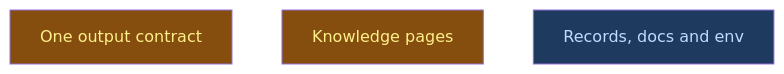
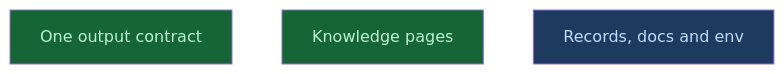
Before and after one commit to CrackingShells/Candler: the diagram in __roadmap__/m6b-surface-consolidation/consolidated/build/outputs/README.md, drawn with Mermaid. The commit also changed other lines of this file, not shown here.

````diff
--- a/__roadmap__/m6b-surface-consolidation/consolidated/build/outputs/README.md
+++ b/__roadmap__/m6b-surface-consolidation/consolidated/build/outputs/README.md
@@ -24,11 +24,11 @@
 ```mermaid
 graph TD
-    output_contract[One output contract]:::inprogress
-    knowledge_pages[Knowledge pages]:::inprogress
+    output_contract[One output contract]:::done
+    knowledge_pages[Knowledge pages]:::done
     records[Records, docs and env]:::amendment
     classDef done       fill:#166534,color:#bbf7d0
     classDef inprogress fill:#854d0e,color:#fef08a
     classDef planned    fill:#374151,color:#e5e7eb
     classDef amendment  fill:#1e3a5f,color:#bfdbfe
     classDef blocked    fill:#7f1d1d,color:#fecaca
 ```
````
